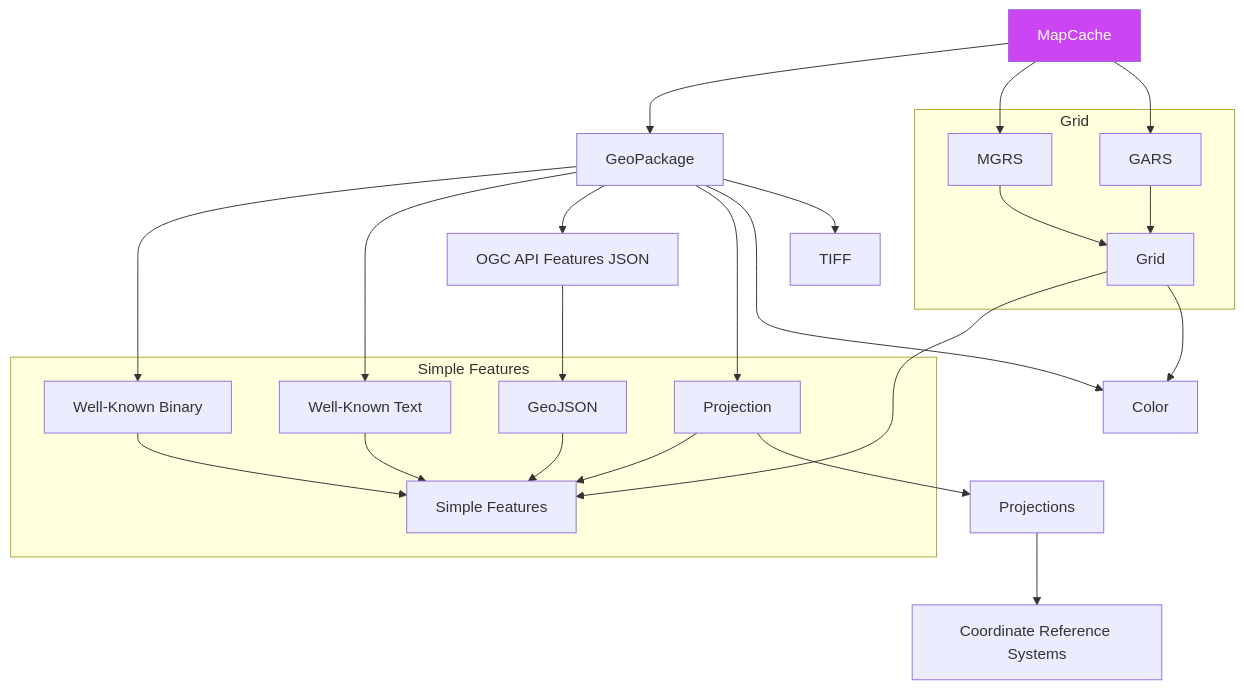
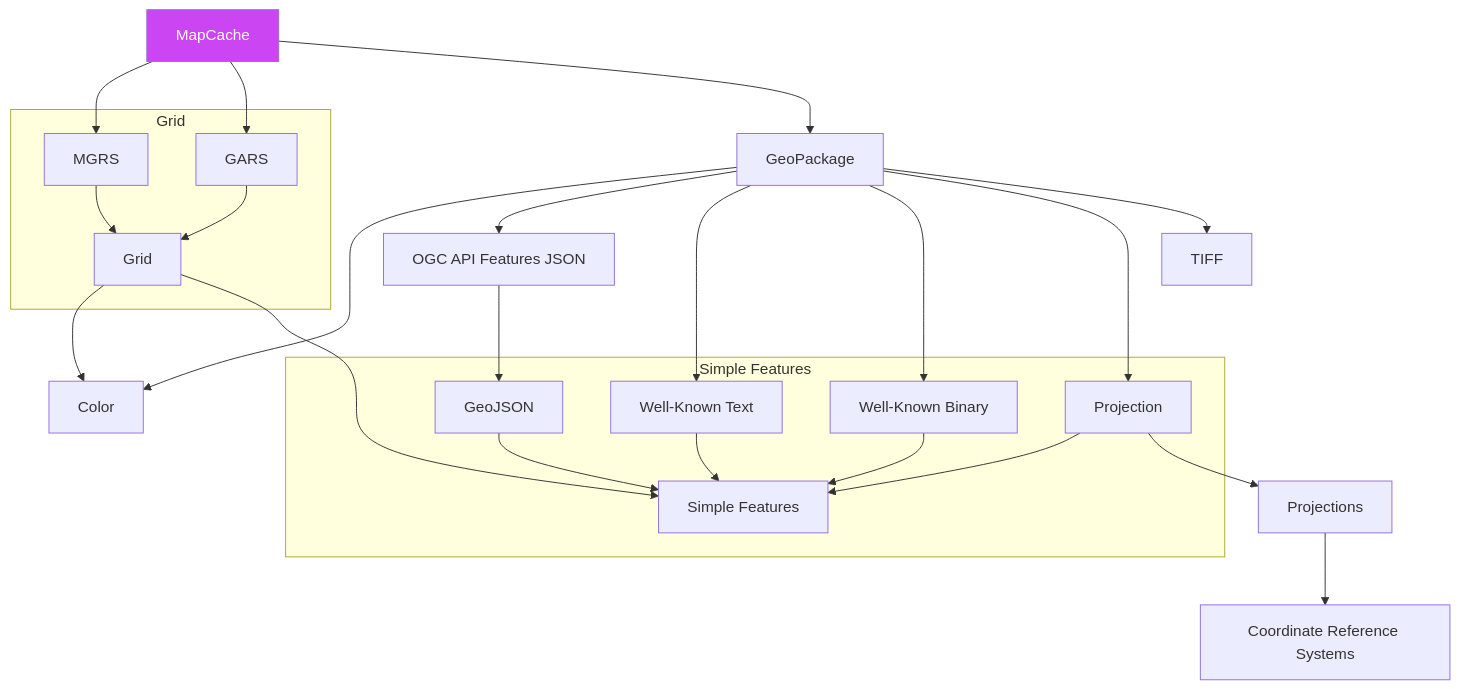
Before and after one commit to ngageoint/GeoPackage: the diagram in DependencyiOS.md, drawn with Mermaid. The commit also changed other lines of this file, not shown here.

````diff
--- a/DependencyiOS.md
+++ b/DependencyiOS.md
@@ -3,50 +3,50 @@
 ```mermaid
 graph TD;
 
-    MapCache-->GeoPackage
     MapCache-->GD_MGRS
     MapCache-->GD_GARS
+    MapCache-->GeoPackage
+    GeoPackage-->Color
+    GeoPackage-->OGCAPIFeatures
+    GeoPackage-->SF_WKT
     GeoPackage-->SF_WKB
-    GeoPackage-->SF_WKT
-    GeoPackage-->OGCAPIFeatures
     GeoPackage-->SF_Projection
-    GeoPackage-->Color
     GeoPackage-->TIFF
     OGCAPIFeatures[OGC API Features JSON]-->SF_GeoJSON
     subgraph Simple Features
         SF_Projection[Projection]-->SF
         SF_WKB[Well-Known Binary]-->SF
         SF_WKT[Well-Known Text]-->SF
         SF_GeoJSON[GeoJSON]-->SF
         SF[Simple Features]
     end
     SF_Projection-->Projections
     Projections-->CRS
     CRS[Coordinate Reference Systems]
     subgraph Grid
         GD_MGRS[MGRS]-->GD
         GD_GARS[GARS]-->GD
         GD[Grid]
     end
+    GD-->Color
     GD-->SF
-    GD-->Color
     
     click MapCache "https://github.com/ngageoint/geopackage-mapcache-ios" "MapCache iOS" _blank
     click GeoPackage "https://github.com/ngageoint/geopackage-ios" "GeoPackage iOS" _blank
     click TIFF "https://github.com/ngageoint/tiff-ios" "TIFF iOS" _blank
     click GD_GARS "https://github.com/ngageoint/gars-ios" "GARS iOS" _blank
     click GD_MGRS "https://github.com/ngageoint/mgrs-ios" "MGRS iOS" _blank
     click GD "https://github.com/ngageoint/grid-ios" "Grid iOS" _blank
     click Color "https://github.com/ngageoint/color-ios" "Color iOS" _blank
     click OGCAPIFeatures "https://github.com/ngageoint/ogc-api-features-json-ios" "OGC API Features JSON iOS" _blank
     click SF_Projection "https://github.com/ngageoint/simple-features-proj-ios" "Simple Features Projection iOS" _blank
     click SF_WKB "https://github.com/ngageoint/simple-features-wkb-ios" "Simple Features WKB iOS" _blank
     click SF_WKT "https://github.com/ngageoint/simple-features-wkt-ios" "Simple Features WKT iOS" _blank
     click SF_GeoJSON "https://github.com/ngageoint/simple-features-geojson-ios" "Simple Features GeoJSON iOS" _blank
     click SF "https://github.com/ngageoint/simple-features-ios" "Simple Features iOS" _blank
     click Projections "https://github.com/ngageoint/projections-ios" "Projections iOS" _blank
     click CRS "https://github.com/ngageoint/coordinate-reference-systems-ios" "Coordinate Reference Systems iOS" _blank
     
     style MapCache fill:#cc45f2,color:#fff
     
 ```
````
